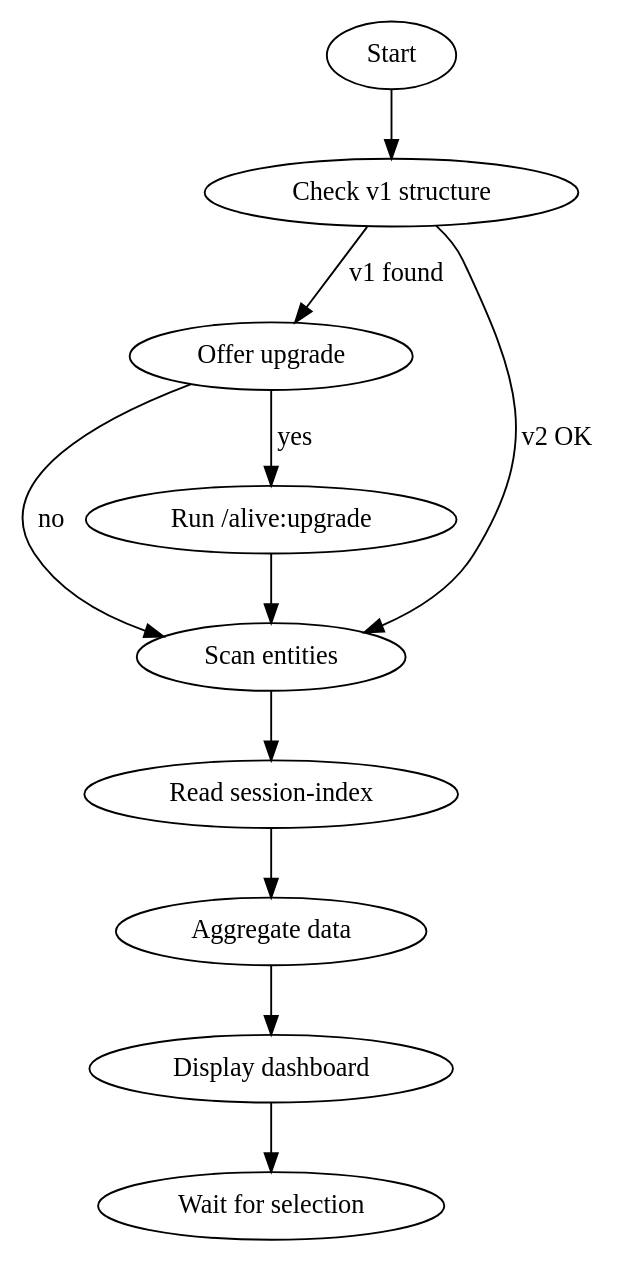
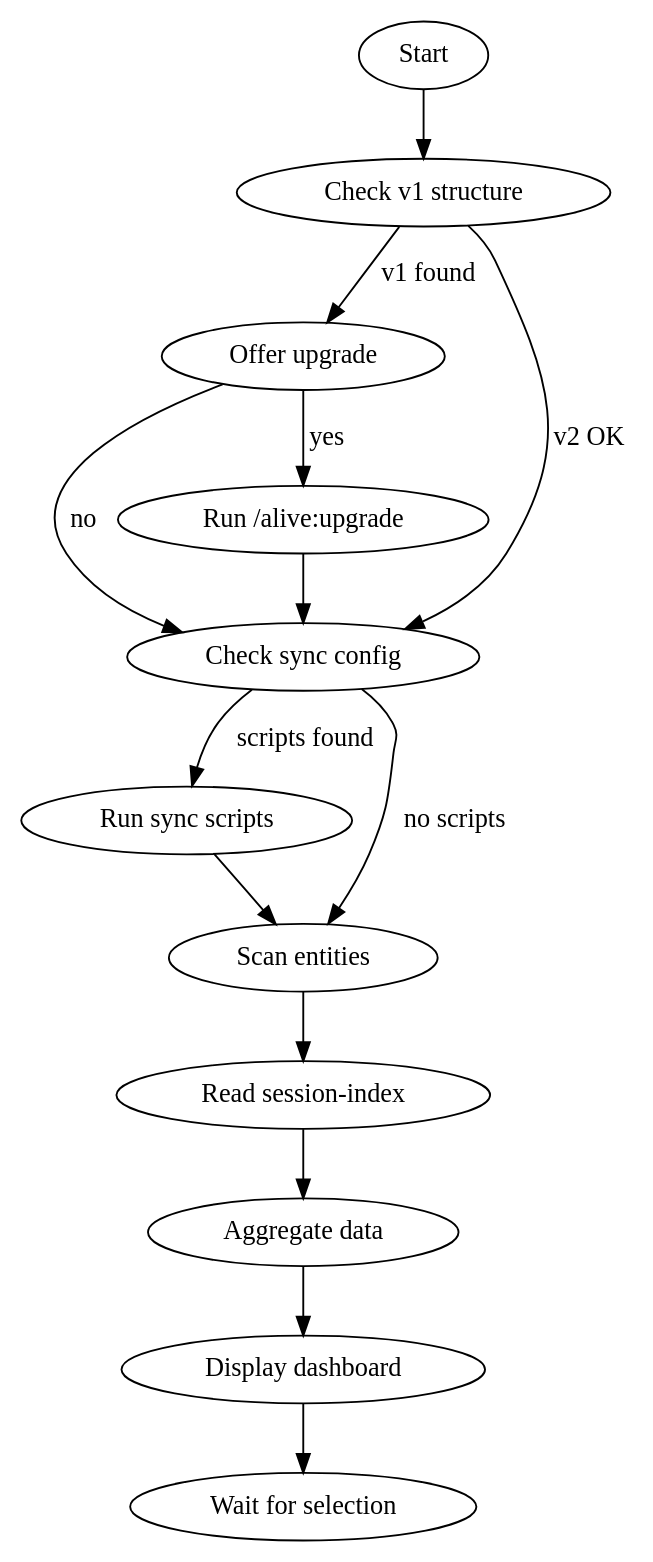
Before and after one commit to benslockedin/aliveskills: the diagram in skills/daily/SKILL.md, drawn with Graphviz. The commit also changed other lines of this file and 38 other files, not shown here.

````diff
--- a/skills/daily/SKILL.md
+++ b/skills/daily/SKILL.md
@@ -54,14 +55,17 @@
 ```dot
 digraph daily_flow {
     "Start" -> "Check v1 structure";
     "Check v1 structure" -> "Offer upgrade" [label="v1 found"];
-    "Check v1 structure" -> "Scan entities" [label="v2 OK"];
+    "Check v1 structure" -> "Check sync config" [label="v2 OK"];
     "Offer upgrade" -> "Run /alive:upgrade" [label="yes"];
-    "Offer upgrade" -> "Scan entities" [label="no"];
-    "Run /alive:upgrade" -> "Scan entities";
+    "Offer upgrade" -> "Check sync config" [label="no"];
+    "Run /alive:upgrade" -> "Check sync config";
+    "Check sync config" -> "Run sync scripts" [label="scripts found"];
+    "Check sync config" -> "Scan entities" [label="no scripts"];
+    "Run sync scripts" -> "Scan entities";
     "Scan entities" -> "Read session-index";
     "Read session-index" -> "Aggregate data";
     "Aggregate data" -> "Display dashboard";
     "Display dashboard" -> "Wait for selection";
 }
 ```
````
